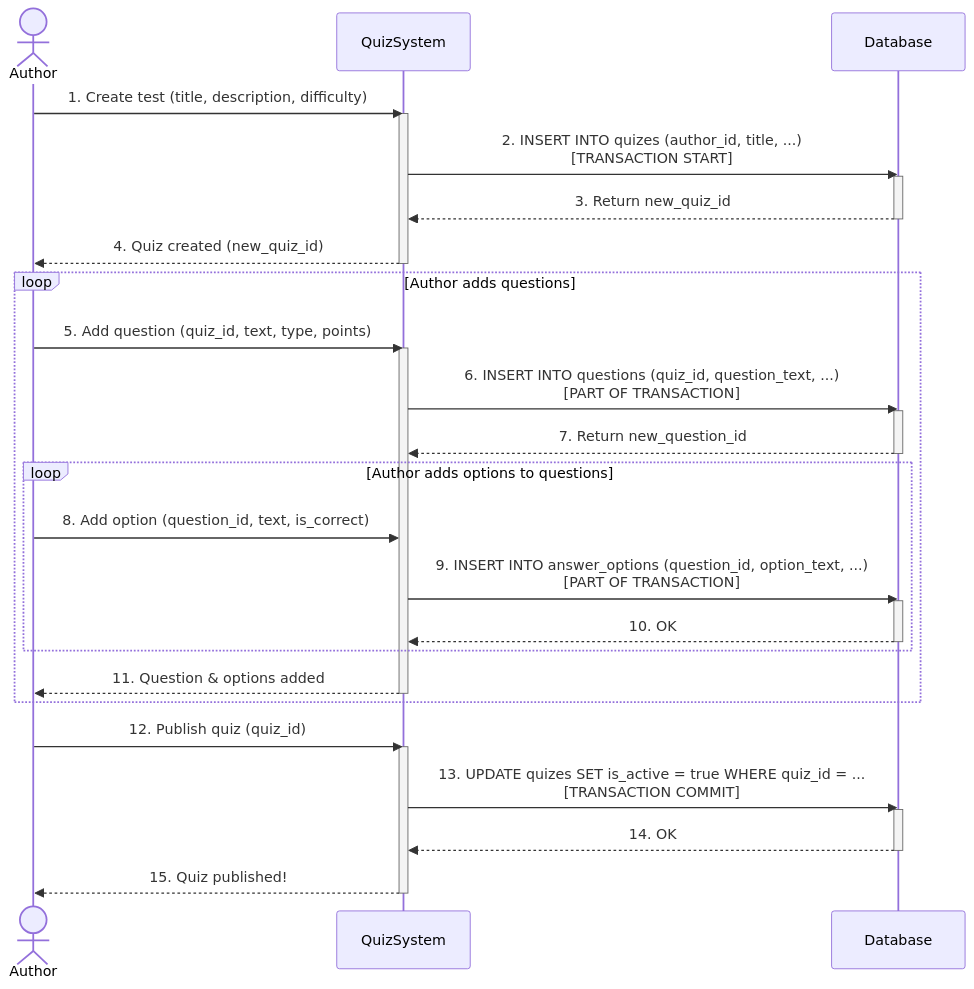
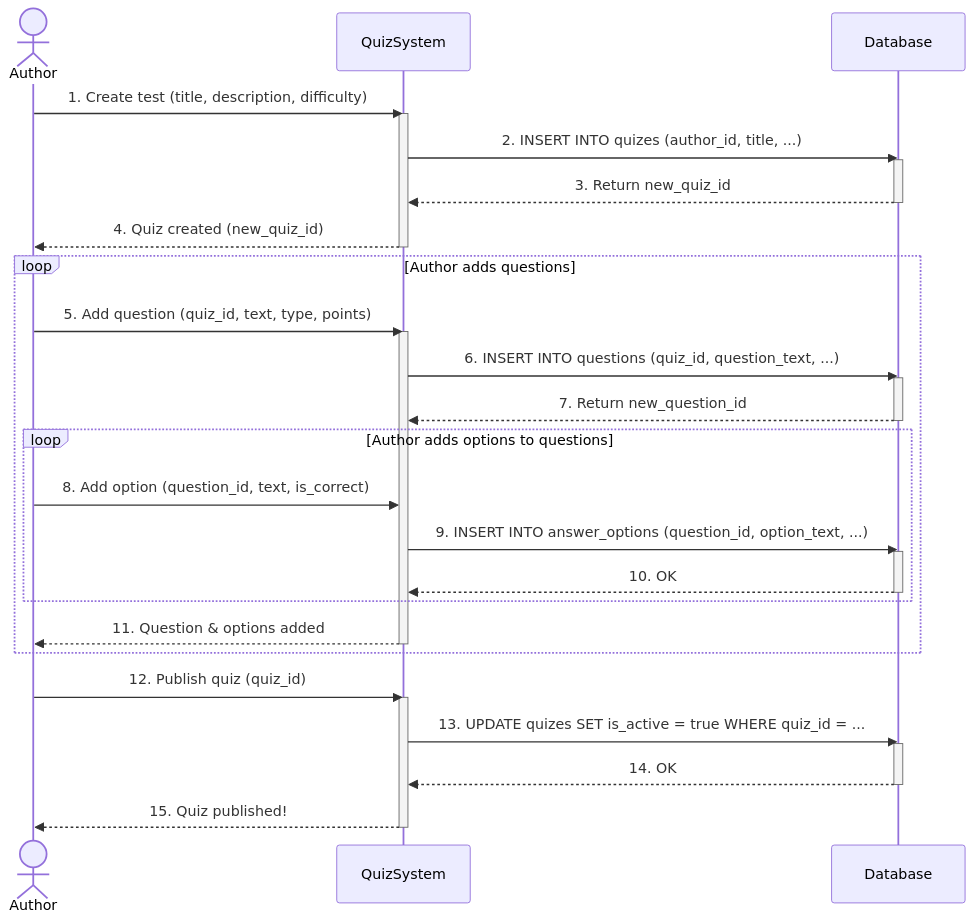
The diagram in Lab3/sequence_diagram2.mmd (Alysseum17/KPI-labs), drawn with Mermaid before and after one commit.

```diff
--- a/Lab3/sequence_diagram2.mmd
+++ b/Lab3/sequence_diagram2.mmd
@@ -1,55 +1,55 @@
 sequenceDiagram
     actor Author
     participant QuizSystem
     participant Database
 
 
     Author->>QuizSystem: 1. Create test (title, description, difficulty)
     activate QuizSystem
     
 
-    QuizSystem->>Database: 2. INSERT INTO quizes (author_id, title, ...)<br/>[TRANSACTION START]
+    QuizSystem->>Database: 2. INSERT INTO quizes (author_id, title, ...)
     activate Database
     Database-->>QuizSystem: 3. Return new_quiz_id
     deactivate Database
     
 
     QuizSystem-->>Author: 4. Quiz created (new_quiz_id)
     deactivate QuizSystem
 
 
     loop Author adds questions
         Author->>QuizSystem: 5. Add question (quiz_id, text, type, points)
         activate QuizSystem
         
 
-        QuizSystem->>Database: 6. INSERT INTO questions (quiz_id, question_text, ...)<br/>[PART OF TRANSACTION]
+        QuizSystem->>Database: 6. INSERT INTO questions (quiz_id, question_text, ...)
         activate Database
         Database-->>QuizSystem: 7. Return new_question_id
         deactivate Database
 
   
         loop Author adds options to questions
             Author->>QuizSystem: 8. Add option (question_id, text, is_correct)
             
         
-            QuizSystem->>Database: 9. INSERT INTO answer_options (question_id, option_text, ...)<br/>[PART OF TRANSACTION]
+            QuizSystem->>Database: 9. INSERT INTO answer_options (question_id, option_text, ...)
             activate Database
             Database-->>QuizSystem: 10. OK
             deactivate Database
         end
         
         QuizSystem-->>Author: 11. Question & options added
         deactivate QuizSystem
     end
 
     Author->>QuizSystem: 12. Publish quiz (quiz_id)
     activate QuizSystem
     
-    QuizSystem->>Database: 13. UPDATE quizes SET is_active = true WHERE quiz_id = ...<br/>[TRANSACTION COMMIT]
+    QuizSystem->>Database: 13. UPDATE quizes SET is_active = true WHERE quiz_id = ...
     activate Database
     Database-->>QuizSystem: 14. OK
     deactivate Database
     
     QuizSystem-->>Author: 15. Quiz published!
     deactivate QuizSystem
```
